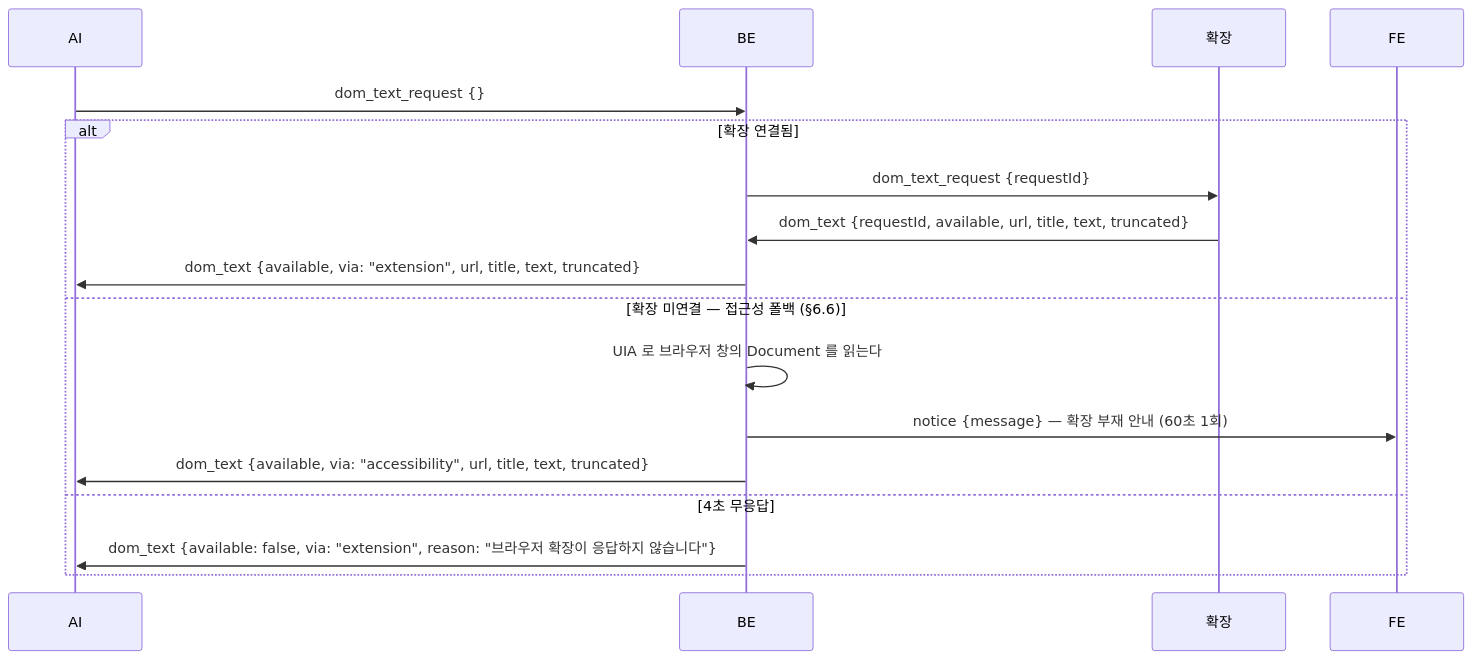
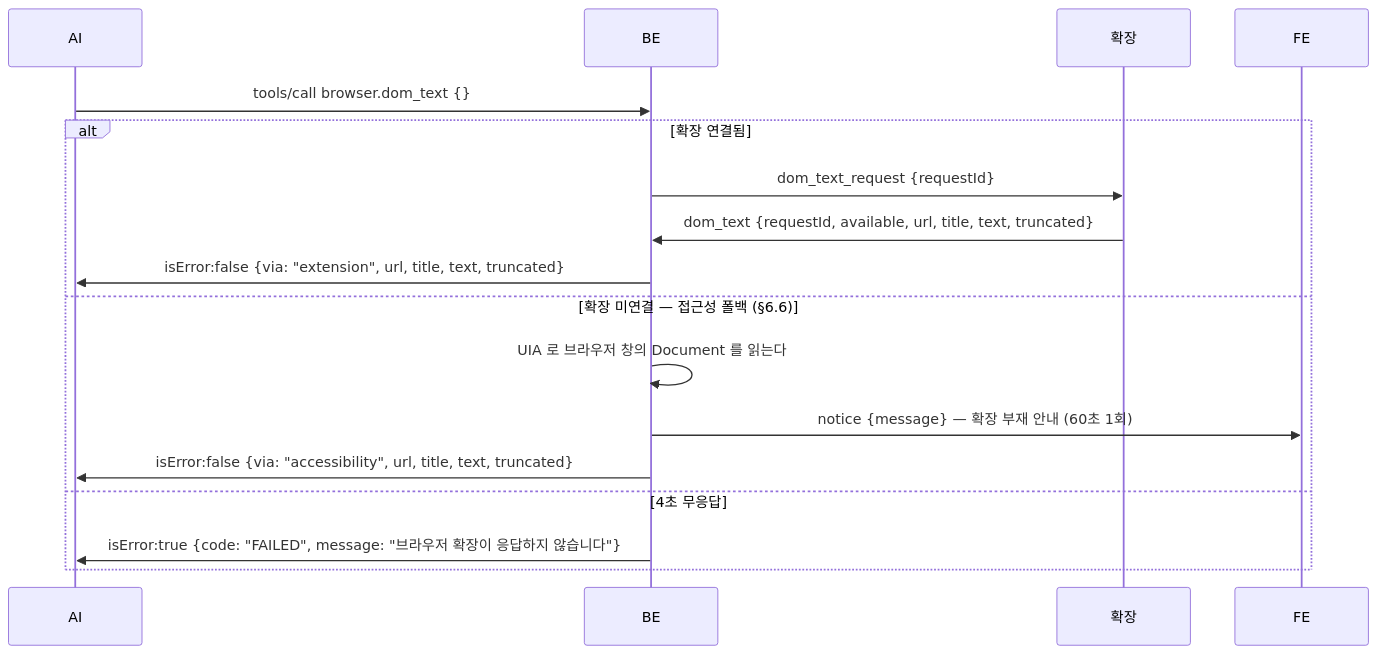
Before and after one commit to 42JH/SIA: diagram 11 of 12 in Backend/docs/프로토콜.md, drawn with Mermaid. The commit also changed other lines of this file and 9 other files, not shown here.

First line of the commit message:
S15P21D106-192 feat(BE): dom_text 를 WS 이벤트에서 MCP 도구로 이관 — 도구 30개

````diff
--- a/Backend/docs/프로토콜.md
+++ b/Backend/docs/프로토콜.md
@@ -1098,19 +1102,19 @@
 ```mermaid
 sequenceDiagram
     participant AI
     participant BE
     participant EXT as 확장
     participant FE
-    AI->>BE: dom_text_request {}
+    AI->>BE: tools/call browser.dom_text {}
     alt 확장 연결됨
         BE->>EXT: dom_text_request {requestId}
         EXT->>BE: dom_text {requestId, available, url, title, text, truncated}
-        BE->>AI: dom_text {available, via: "extension", url, title, text, truncated}
+        BE->>AI: isError:false {via: "extension", url, title, text, truncated}
     else 확장 미연결 — 접근성 폴백 (§6.6)
         BE->>BE: UIA 로 브라우저 창의 Document 를 읽는다
         BE->>FE: notice {message} — 확장 부재 안내 (60초 1회)
-        BE->>AI: dom_text {available, via: "accessibility", url, title, text, truncated}
+        BE->>AI: isError:false {via: "accessibility", url, title, text, truncated}
     else 4초 무응답
-        BE->>AI: dom_text {available: false, via: "extension", reason: "브라우저 확장이 응답하지 않습니다"}
+        BE->>AI: isError:true {code: "FAILED", message: "브라우저 확장이 응답하지 않습니다"}
     end
 ```
````
